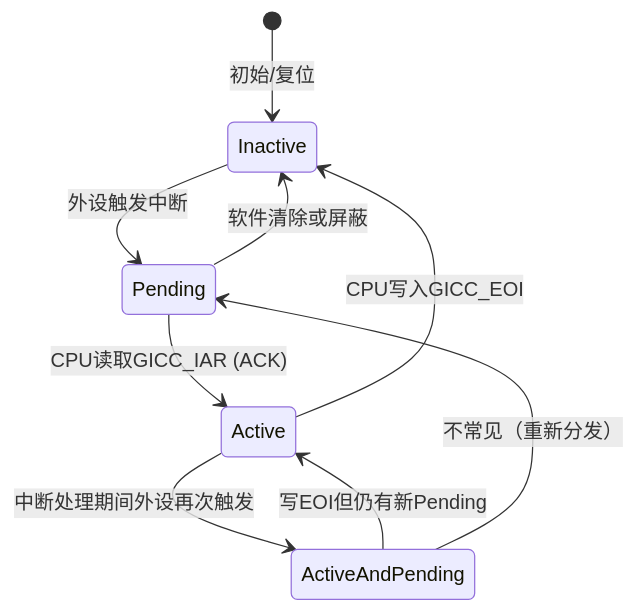
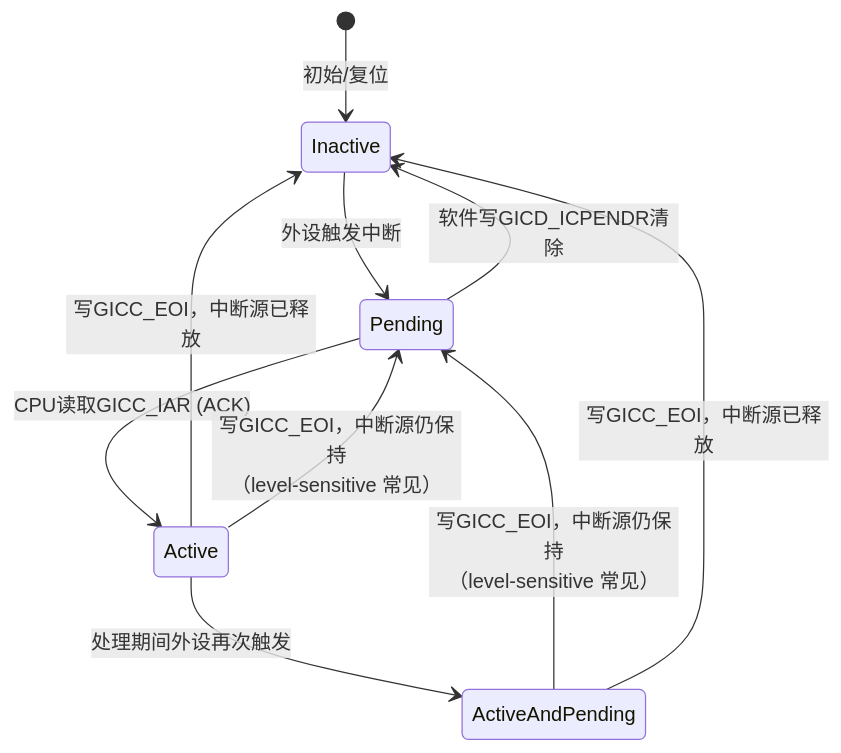
One commit to xiaohong0925/Embedded_Knowledge_System_V2026 changed the third of 3 diagrams in docs/02-核心机制深度解析/第10章 中断与时间/10.1.2_ARM64异常与GICv2.md. Above: the diagram before and after it, drawn with Mermaid. The commit also changed other lines of this file and 8 other files, not shown here.

````diff
--- a/docs/02-核心机制深度解析/第10章 中断与时间/10.1.2_ARM64异常与GICv2.md
+++ b/docs/02-核心机制深度解析/第10章 中断与时间/10.1.2_ARM64异常与GICv2.md
@@ -183,11 +221,15 @@
 ```mermaid
 stateDiagram-v2
     [*] --> Inactive : 初始/复位
     Inactive --> Pending : 外设触发中断
     Pending --> Active : CPU读取GICC_IAR (ACK)
-    Active --> Inactive : CPU写入GICC_EOI
-    Active --> ActiveAndPending : 中断处理期间外设再次触发
-    ActiveAndPending --> Active : 写EOI但仍有新Pending
-    ActiveAndPending --> Pending : 不常见（重新分发）
-    Pending --> Inactive : 软件清除或屏蔽
+    
+    Active --> Inactive : 写GICC_EOI，中断源已释放
+    Active --> Pending : 写GICC_EOI，中断源仍保持<br/>（level-sensitive 常见）
+    Active --> ActiveAndPending : 处理期间外设再次触发
+    
+    ActiveAndPending --> Pending : 写GICC_EOI，中断源仍保持<br/>（level-sensitive 常见）
+    ActiveAndPending --> Inactive : 写GICC_EOI，中断源已释放
+    
+    Pending --> Inactive : 软件写GICD_ICPENDR清除
 ```
````
